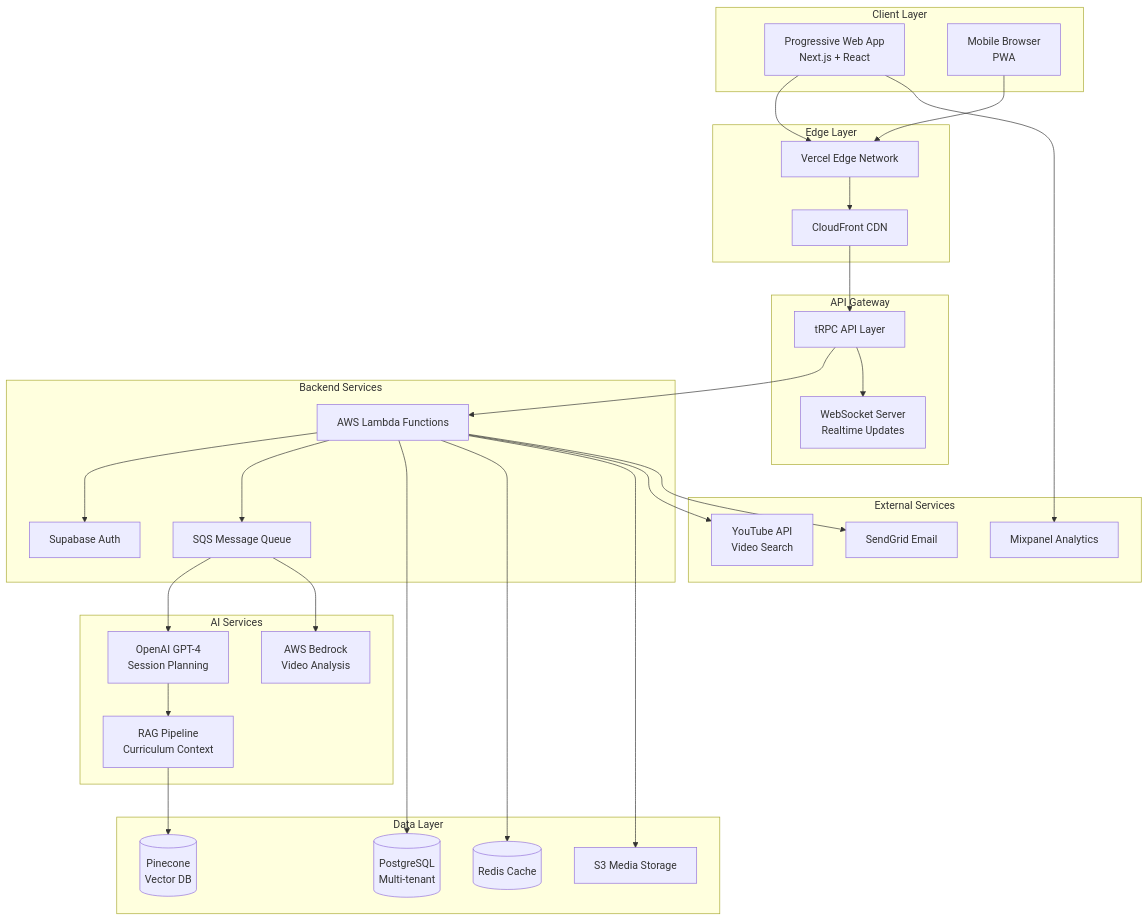
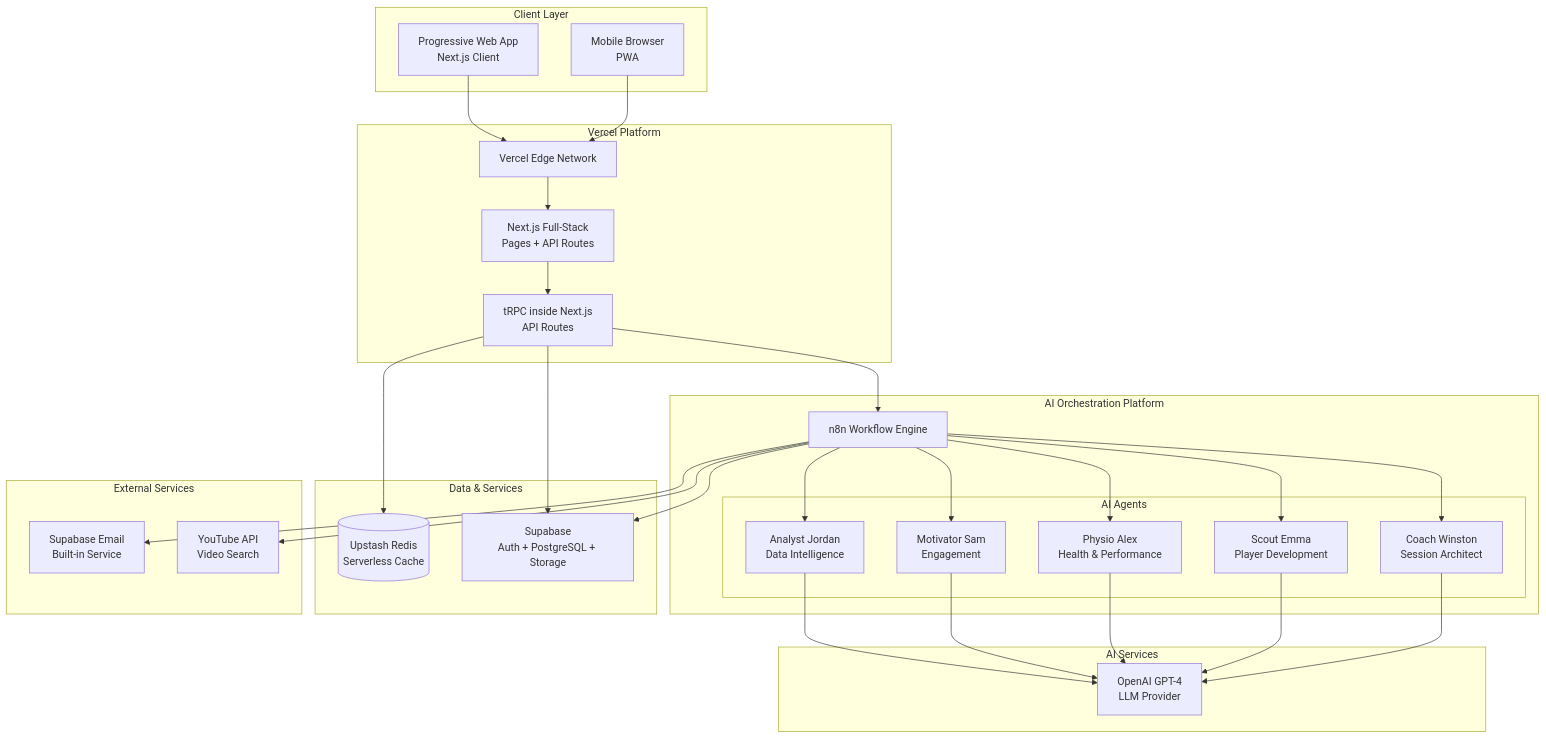
One commit to joshshaloo/project-unify changed the first of 2 diagrams in docs/architecture.md. Above: the diagram before and after it, drawn with Mermaid. The commit also changed other lines of this file and 66 other files, not shown here.

````diff
--- a/docs/architecture.md
+++ b/docs/architecture.md
@@ -37,61 +47,62 @@
 ```mermaid
 graph TB
     subgraph "Client Layer"
-        PWA[Progressive Web App<br/>Next.js + React]
+        PWA[Progressive Web App<br/>Next.js Client]
         Mobile[Mobile Browser<br/>PWA]
     end
     
-    subgraph "Edge Layer"
-        CDN[CloudFront CDN]
-        VEdge[Vercel Edge Network]
+    subgraph "Vercel Platform"
+        Edge[Vercel Edge Network]
+        NextJS[Next.js Full-Stack<br/>Pages + API Routes]
+        tRPC[tRPC inside Next.js<br/>API Routes]
     end
     
-    subgraph "API Gateway"
-        TRPC[tRPC API Layer]
-        WS[WebSocket Server<br/>Realtime Updates]
+    subgraph "AI Orchestration Platform"
+        n8n[n8n Workflow Engine]
+        subgraph "AI Agents"
+            Winston[Coach Winston<br/>Session Architect]
+            Emma[Scout Emma<br/>Player Development]
+            Alex[Physio Alex<br/>Health & Performance]
+            Sam[Motivator Sam<br/>Engagement]
+            Jordan[Analyst Jordan<br/>Data Intelligence]
+        end
     end
     
-    subgraph "Backend Services"
-        Auth[Supabase Auth]
-        Lambda[AWS Lambda Functions]
-        Queue[SQS Message Queue]
+    subgraph "Data & Services"
+        Supabase[Supabase<br/>Auth + PostgreSQL + Storage]
+        Redis[(Upstash Redis<br/>Serverless Cache)]
     end
     
     subgraph "AI Services"
-        GPT[OpenAI GPT-4<br/>Session Planning]
-        Bedrock[AWS Bedrock<br/>Video Analysis]
-        RAG[RAG Pipeline<br/>Curriculum Context]
-    end
-    
-    subgraph "Data Layer"
-        PG[(PostgreSQL<br/>Multi-tenant)]
-        Redis[(Redis Cache)]
-        S3[S3 Media Storage]
-        Vector[(Pinecone<br/>Vector DB)]
+        GPT[OpenAI GPT-4<br/>LLM Provider]
     end
     
     subgraph "External Services"
         YT[YouTube API<br/>Video Search]
-        Email[SendGrid Email]
-        Analytics[Mixpanel Analytics]
+        Email[Supabase Email<br/>Built-in Service]
     end
     
-    PWA --> VEdge
-    Mobile --> VEdge
-    VEdge --> CDN
-    CDN --> TRPC
-    TRPC --> Lambda
-    TRPC --> WS
-    Lambda --> Auth
-    Lambda --> Queue
-    Queue --> GPT
-    Queue --> Bedrock
-    Lambda --> PG
-    Lambda --> Redis
-    Lambda --> S3
-    GPT --> RAG
-    RAG --> Vector
-    Lambda --> YT
-    Lambda --> Email
-    PWA --> Analytics
+    PWA --> Edge
+    Mobile --> Edge
+    Edge --> NextJS
+    NextJS --> tRPC
+    tRPC --> n8n
+    tRPC --> Supabase
+    tRPC --> Redis
+    
+    n8n --> Winston
+    n8n --> Emma
+    n8n --> Alex
+    n8n --> Sam
+    n8n --> Jordan
+    
+    Winston --> GPT
+    Emma --> GPT
+    Alex --> GPT
+    Sam --> GPT
+    Jordan --> GPT
+    
+    n8n --> Supabase
+    n8n --> YT
+    n8n --> Email
 ```
````
